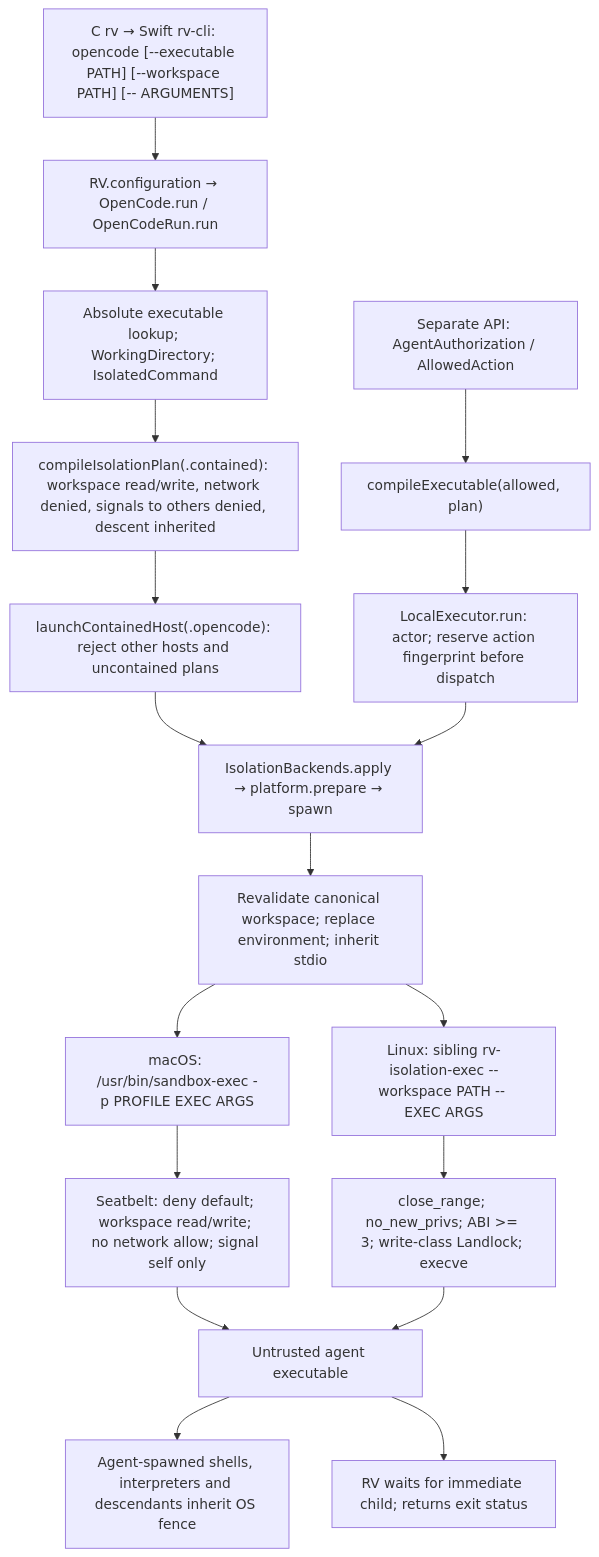
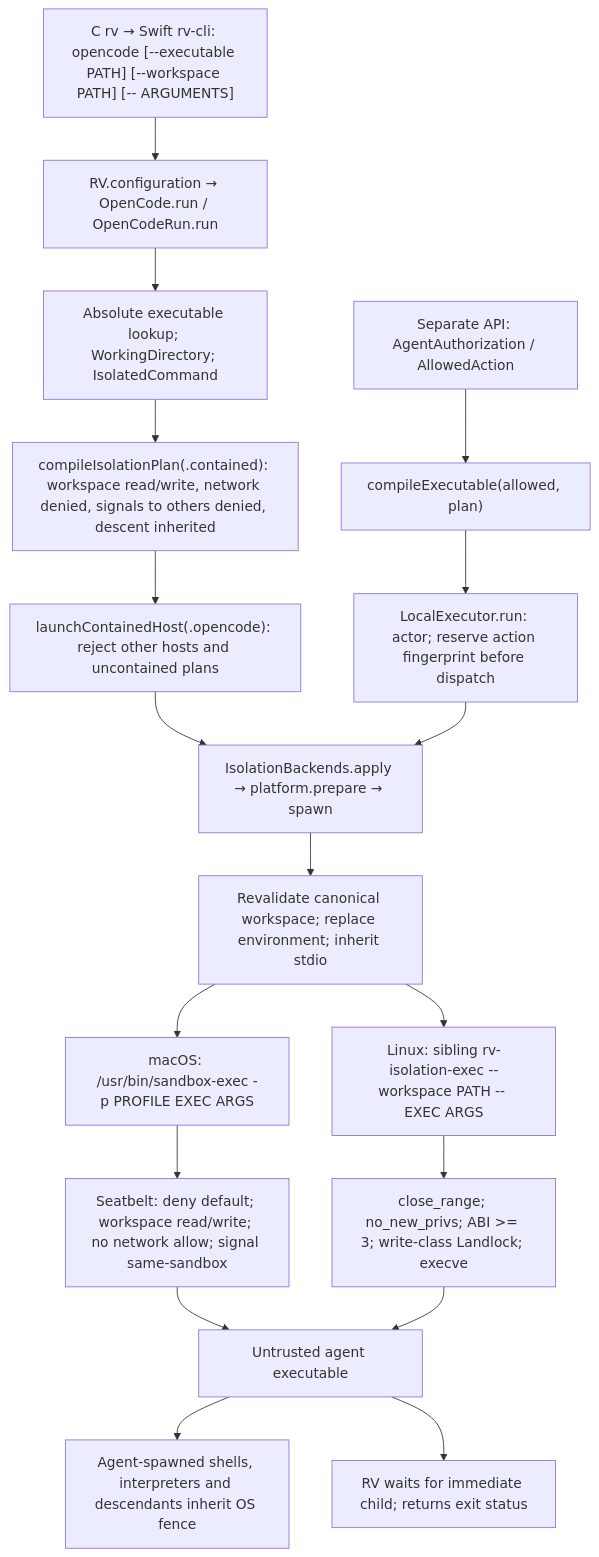
One commit to christopherkarani/rv changed the diagram in docs/security/runtime-boundary.md. Above: the diagram before and after it, drawn with Mermaid. The commit also changed other lines of this file and 15 other files, not shown here.

First line of the commit message:
Fail closed when the alias scan cannot finish, and let a sandbox signal itself.

````diff
--- a/docs/security/runtime-boundary.md
+++ b/docs/security/runtime-boundary.md
@@ -7,21 +7,21 @@
 ```mermaid
 flowchart TD
     CLI["C rv → Swift rv-cli: opencode [--executable PATH] [--workspace PATH] [-- ARGUMENTS]"] --> Parse["RV.configuration → OpenCode.run / OpenCodeRun.run"]
     Parse --> Resolve["Absolute executable lookup; WorkingDirectory; IsolatedCommand"]
     Resolve --> Plan["compileIsolationPlan(.contained): workspace read/write, network denied, signals to others denied, descent inherited"]
     Plan --> Launch["launchContainedHost(.opencode): reject other hosts and uncontained plans"]
     Launch --> Apply["IsolationBackends.apply → platform.prepare → spawn"]
     Apply --> Env["Revalidate canonical workspace; replace environment; inherit stdio"]
     Env --> Mac["macOS: /usr/bin/sandbox-exec -p PROFILE EXEC ARGS"]
     Env --> Linux["Linux: sibling rv-isolation-exec --workspace PATH -- EXEC ARGS"]
-    Mac --> Seatbelt["Seatbelt: deny default; workspace read/write; no network allow; signal self only"]
+    Mac --> Seatbelt["Seatbelt: deny default; workspace read/write; no network allow; signal same-sandbox"]
     Linux --> Landlock["close_range; no_new_privs; ABI >= 3; write-class Landlock; execve"]
     Seatbelt --> Agent["Untrusted agent executable"]
     Landlock --> Agent
     Agent --> Children["Agent-spawned shells, interpreters and descendants inherit OS fence"]
     Agent --> Wait["RV waits for immediate child; returns exit status"]
 
     Authorization["Separate API: AgentAuthorization / AllowedAction"] --> Compile["compileExecutable(allowed, plan)"]
     Compile --> Executor["LocalExecutor.run: actor; reserve action fingerprint before dispatch"]
     Executor --> Apply
 ```
````
